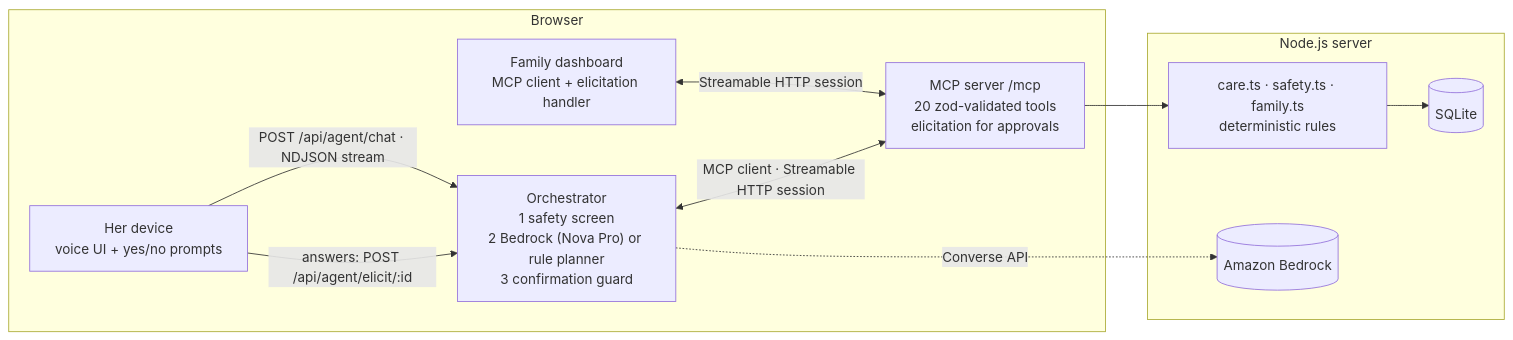
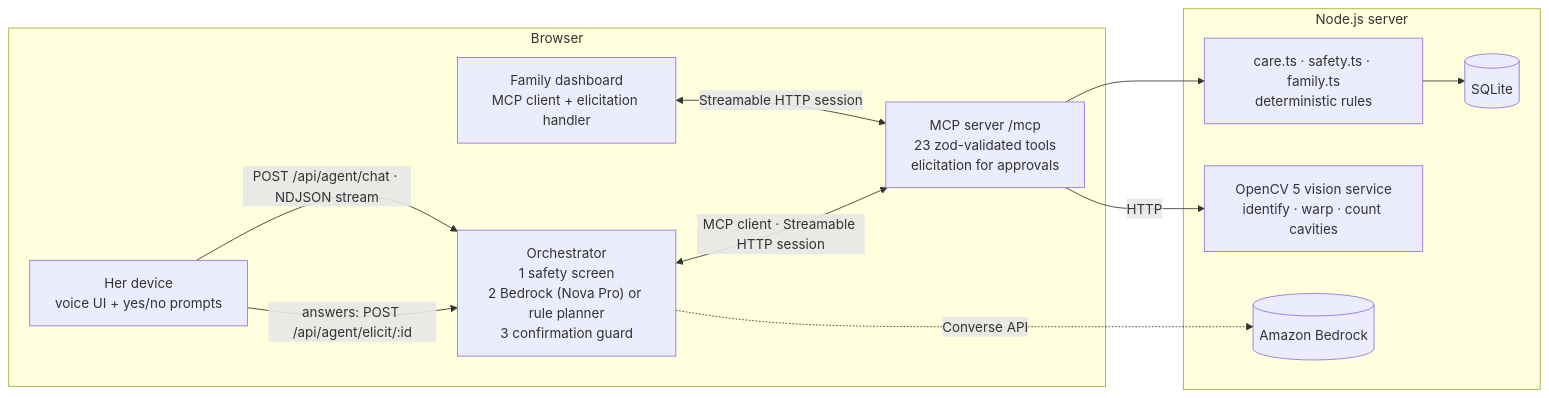
Before and after one commit to Ohi-Me/CareCircle: the diagram in README.md, drawn with Mermaid. The commit also changed other lines of this file and 1 other file, not shown here.

Commit message:
README: strip check (OpenCV 5) section, 23 tools, run/test instructions; vision-eval placeholder stating no real results yet

````diff
--- a/README.md
+++ b/README.md
@@ -53,14 +80,15 @@
 ```mermaid
 flowchart LR
   subgraph Browser
     V["Her device<br/>voice UI + yes/no prompts"] -->|POST /api/agent/chat · NDJSON stream| A
     V -->|answers: POST /api/agent/elicit/:id| A
     D["Family dashboard<br/>MCP client + elicitation handler"] <-->|Streamable HTTP session| M
   end
   subgraph Server ["Node.js server"]
-    A["Orchestrator<br/>1 safety screen<br/>2 Bedrock (Nova Pro) or rule planner<br/>3 confirmation guard"] <-->|MCP client · Streamable HTTP session| M["MCP server /mcp<br/>20 zod-validated tools<br/>elicitation for approvals"]
+    A["Orchestrator<br/>1 safety screen<br/>2 Bedrock (Nova Pro) or rule planner<br/>3 confirmation guard"] <-->|MCP client · Streamable HTTP session| M["MCP server /mcp<br/>23 zod-validated tools<br/>elicitation for approvals"]
     M --> C["care.ts · safety.ts · family.ts<br/>deterministic rules"]
+    M -->|HTTP| CV["OpenCV 5 vision service<br/>identify · warp · count cavities"]
     C --> DB[(SQLite)]
     A -.->|Converse API| B[(Amazon Bedrock)]
   end
 ```
````
